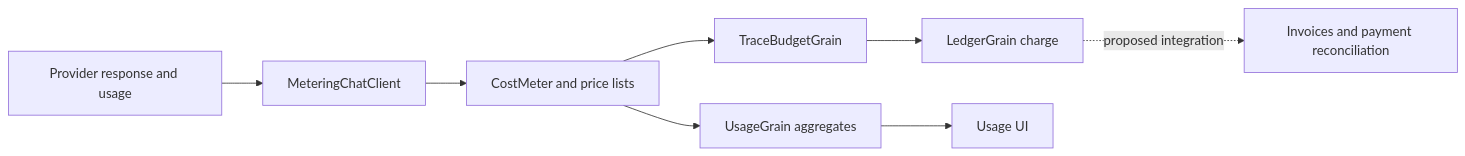
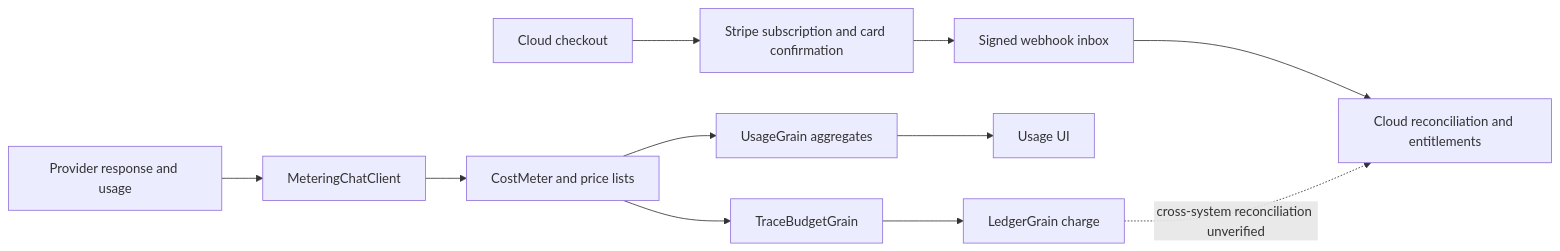
One commit to intochat/digitalbrain.docs changed the diagram in readiness/billing.md. Above: the diagram before and after it, drawn with Mermaid. The commit also changed other lines of this file and 11 other files, not shown here.

````diff
--- a/readiness/billing.md
+++ b/readiness/billing.md
@@ -9,10 +30,13 @@
 ```mermaid
 flowchart LR
   P[Provider response and usage] --> M[MeteringChatClient]
   M --> C[CostMeter and price lists]
   C --> B[TraceBudgetGrain]
   B --> L[LedgerGrain charge]
   C --> U[UsageGrain aggregates]
   U --> V[Usage UI]
-  L -. proposed integration .-> I[Invoices and payment reconciliation]
+  Q[Cloud checkout] --> S[Stripe subscription and card confirmation]
+  S --> W[Signed webhook inbox]
+  W --> R[Cloud reconciliation and entitlements]
+  L -. cross-system reconciliation unverified .-> R
 ```
````
